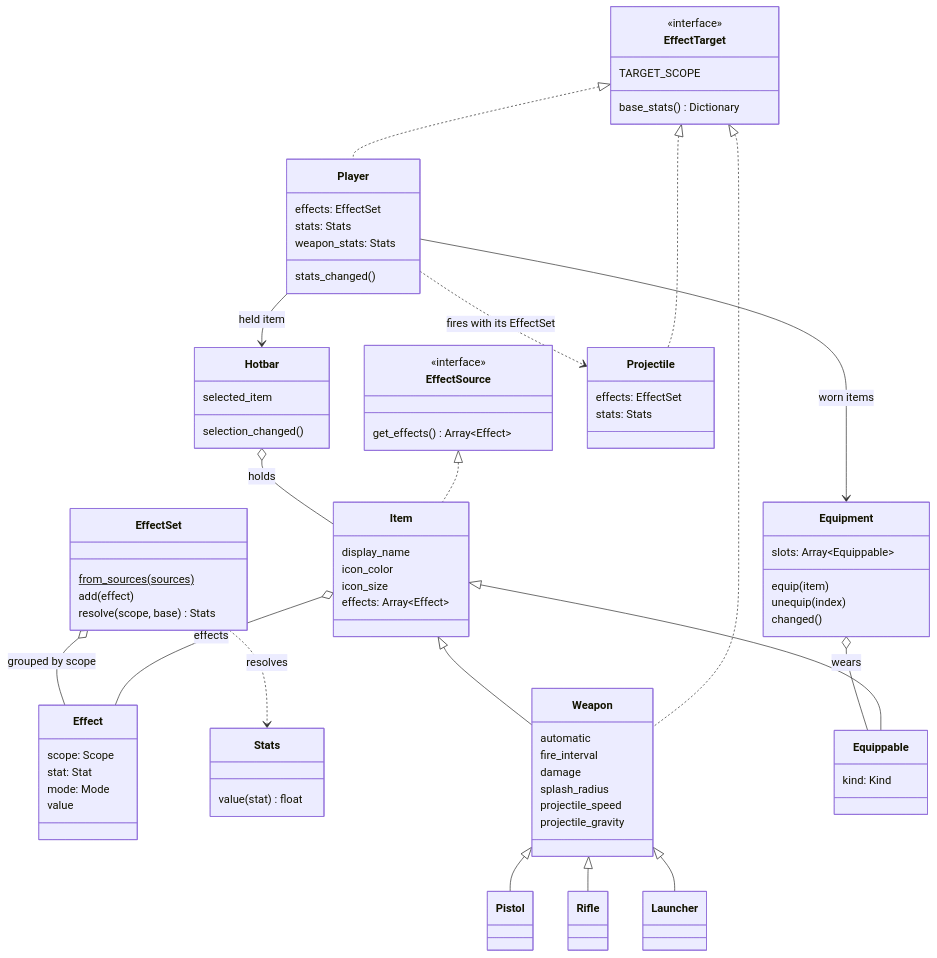
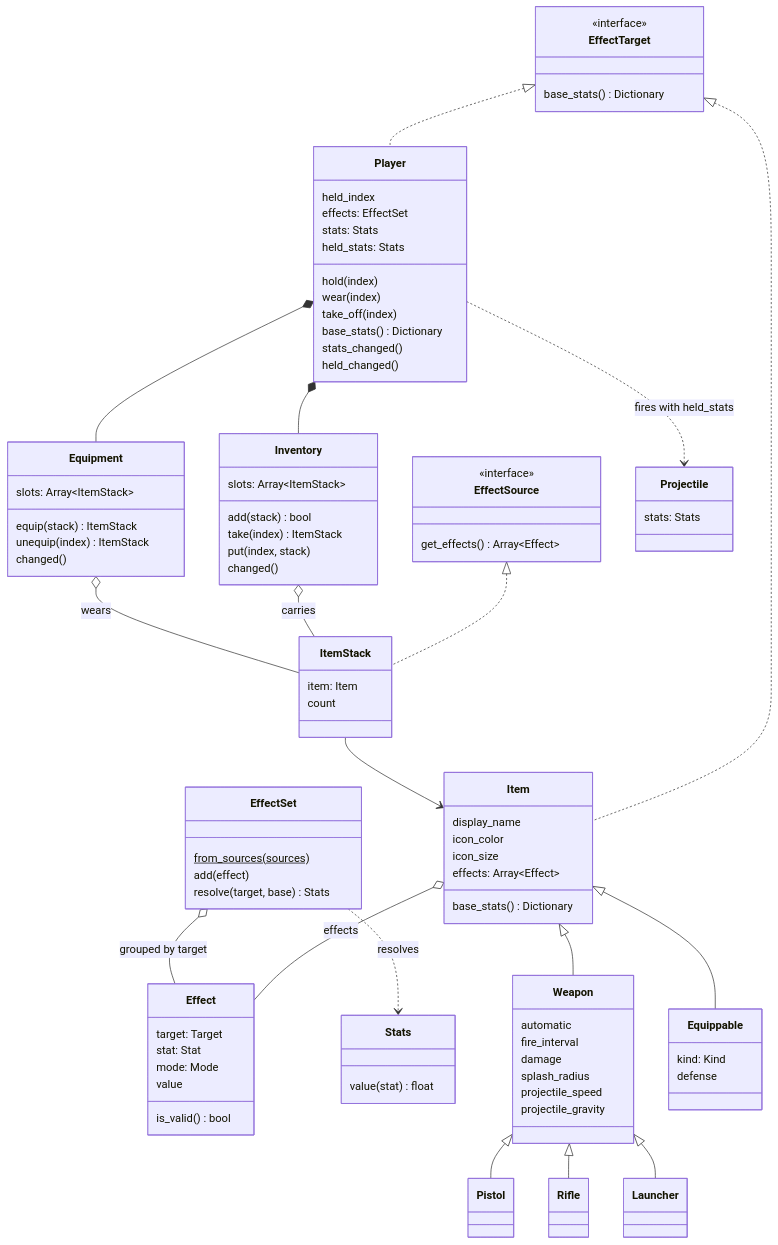
The first of 2 diagrams in README.md (meyer1994/trr), drawn with Mermaid before and after one commit. The commit also changed other lines of this file and 22 other files, not shown here.

Commit message:
Add an inventory the player wears equipment from, with effects per target

````diff
--- a/README.md
+++ b/README.md
@@ -17,19 +19,19 @@
     }
     class EffectTarget {
         <<interface>>
-        TARGET_SCOPE
         base_stats() Dictionary
     }
     class Effect {
-        scope: Scope
+        target: Target
         stat: Stat
         mode: Mode
         value
+        is_valid() bool
     }
     class EffectSet {
         from_sources(sources)$
         add(effect)
-        resolve(scope, base) Stats
+        resolve(target, base) Stats
     }
     class Stats {
         value(stat) float
@@ -39,6 +41,7 @@
         icon_color
         icon_size
         effects: Array~Effect~
+        base_stats() Dictionary
     }
     class Weapon {
         automatic
@@ -50,43 +53,56 @@
     }
     class Equippable {
         kind: Kind
+        defense
     }
-    class Hotbar {
-        selected_item
-        selection_changed()
+    class ItemStack {
+        item: Item
+        count
+    }
+    class Inventory {
+        slots: Array~ItemStack~
+        add(stack) bool
+        take(index) ItemStack
+        put(index, stack)
+        changed()
     }
     class Equipment {
-        slots: Array~Equippable~
-        equip(item)
-        unequip(index)
+        slots: Array~ItemStack~
+        equip(stack) ItemStack
+        unequip(index) ItemStack
         changed()
     }
     class Player {
+        held_index
         effects: EffectSet
         stats: Stats
-        weapon_stats: Stats
+        held_stats: Stats
+        hold(index)
+        wear(index)
+        take_off(index)
+        base_stats() Dictionary
         stats_changed()
+        held_changed()
     }
     class Projectile {
-        effects: EffectSet
         stats: Stats
     }
 
-    EffectSource <|.. Item
+    EffectSource <|.. ItemStack
     EffectTarget <|.. Player
-    EffectTarget <|.. Weapon
-    EffectTarget <|.. Projectile
+    EffectTarget <|.. Item
     Item <|-- Weapon
     Item <|-- Equippable
     Weapon <|-- Pistol
     Weapon <|-- Rifle
     Weapon <|-- Launcher
     Item o-- Effect : effects
-    Hotbar o-- Item : holds
-    Equipment o-- Equippable : wears
-    EffectSet o-- Effect : grouped by scope
+    ItemStack --> Item
+    Inventory o-- ItemStack : carries
+    Equipment o-- ItemStack : wears
+    EffectSet o-- Effect : grouped by target
     EffectSet ..> Stats : resolves
-    Player --> Hotbar : held item
-    Player --> Equipment : worn items
-    Player ..> Projectile : fires with its EffectSet
+    Player *-- Inventory
+    Player *-- Equipment
+    Player ..> Projectile : fires with held_stats
 ```
````
